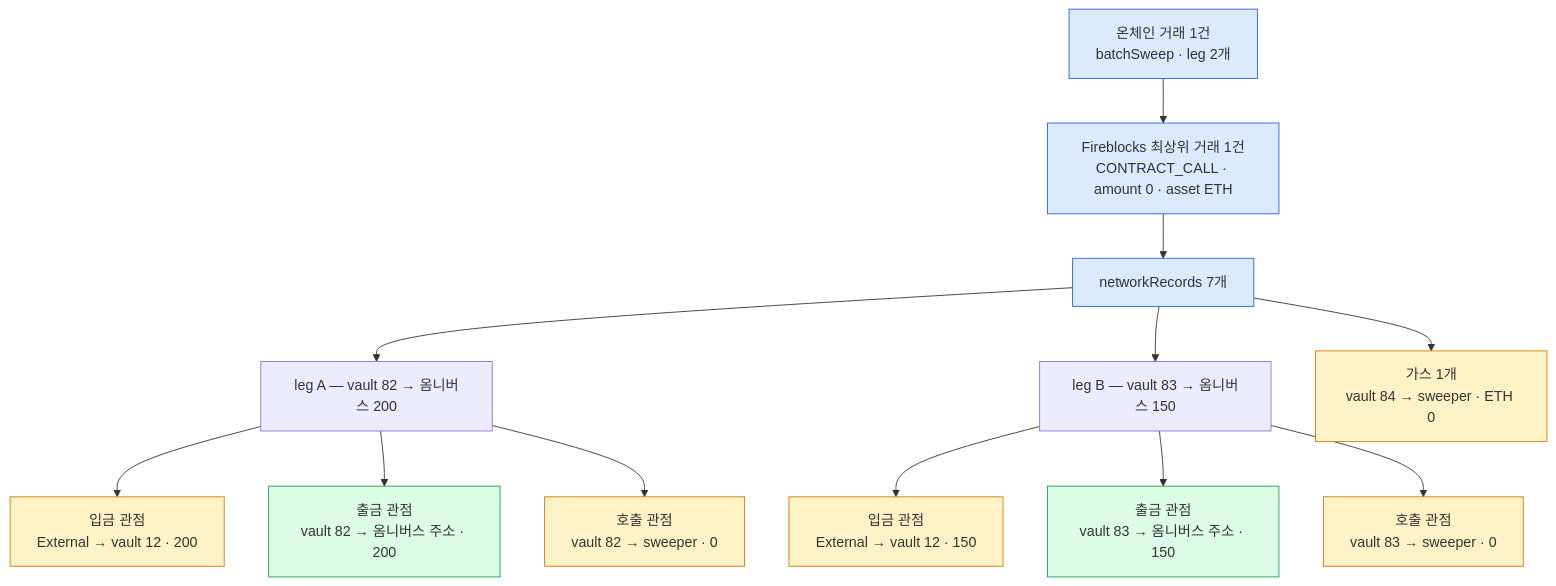
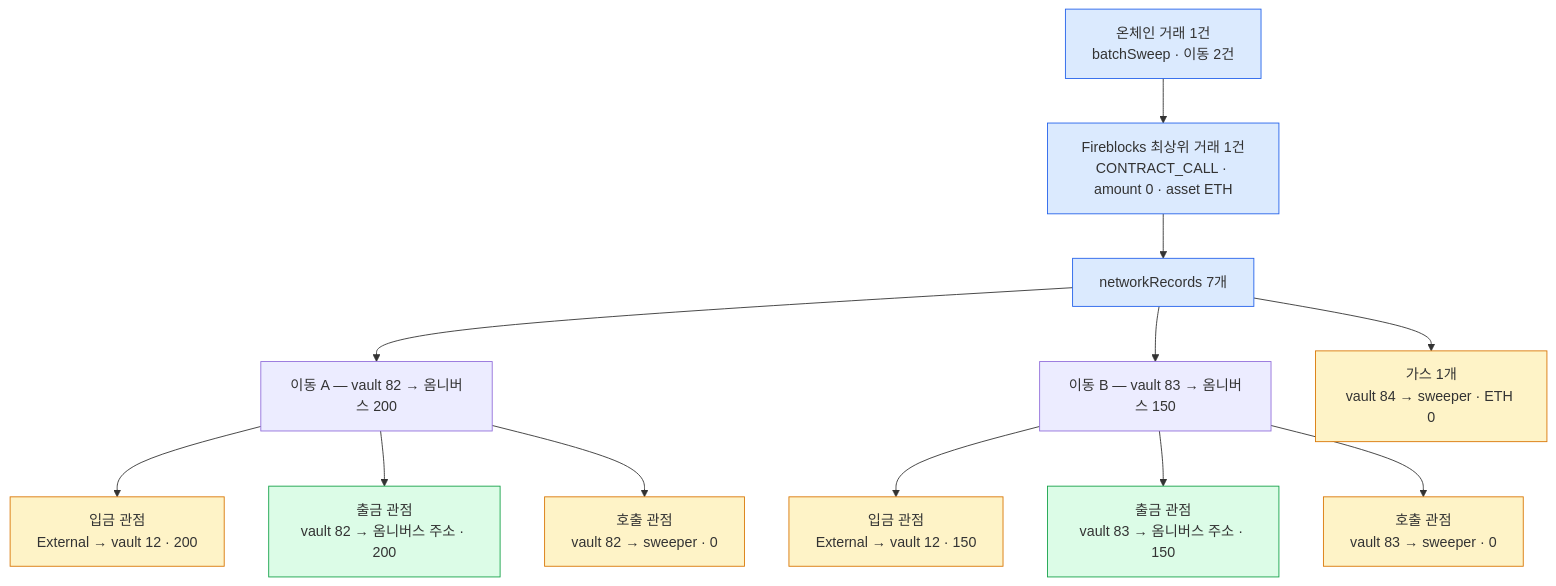
One commit to eunsujeo/eunpus changed the second of 2 diagrams in blockchain-manager/docs/BC/설계/95-approve-pull-poc-result.md. Above: the diagram before and after it, drawn with Mermaid. The commit also changed other lines of this file and 3 other files, not shown here.

````diff
--- a/blockchain-manager/docs/BC/설계/95-approve-pull-poc-result.md
+++ b/blockchain-manager/docs/BC/설계/95-approve-pull-poc-result.md
@@ -88,22 +88,22 @@
 ```mermaid
 flowchart TB
-  TX["온체인 거래 1건<br/>batchSweep · leg 2개"] --> FB["Fireblocks 최상위 거래 1건<br/>CONTRACT_CALL · amount 0 · asset ETH"]
+  TX["온체인 거래 1건<br/>batchSweep · 이동 2건"] --> FB["Fireblocks 최상위 거래 1건<br/>CONTRACT_CALL · amount 0 · asset ETH"]
   FB --> NR["networkRecords 7개"]
-  NR --> LA["leg A — vault 82 → 옴니버스 200"]
-  NR --> LB["leg B — vault 83 → 옴니버스 150"]
+  NR --> LA["이동 A — vault 82 → 옴니버스 200"]
+  NR --> LB["이동 B — vault 83 → 옴니버스 150"]
   NR --> GAS["가스 1개<br/>vault 84 → sweeper · ETH 0"]
   LA --> A1["입금 관점<br/>External → vault 12 · 200"]
   LA --> A2["출금 관점<br/>vault 82 → 옴니버스 주소 · 200"]
   LA --> A3["호출 관점<br/>vault 82 → sweeper · 0"]
   LB --> B1["입금 관점<br/>External → vault 12 · 150"]
   LB --> B2["출금 관점<br/>vault 83 → 옴니버스 주소 · 150"]
   LB --> B3["호출 관점<br/>vault 83 → sweeper · 0"]
 
   classDef good fill:#dcfce7,stroke:#16a34a
   classDef wait fill:#fef3c7,stroke:#d97706
   classDef vault fill:#dbeafe,stroke:#2563eb
   class A2,B2 good
   class A1,B1 wait
   class A3,B3,GAS wait
   class TX,FB,NR vault
 ```
````
